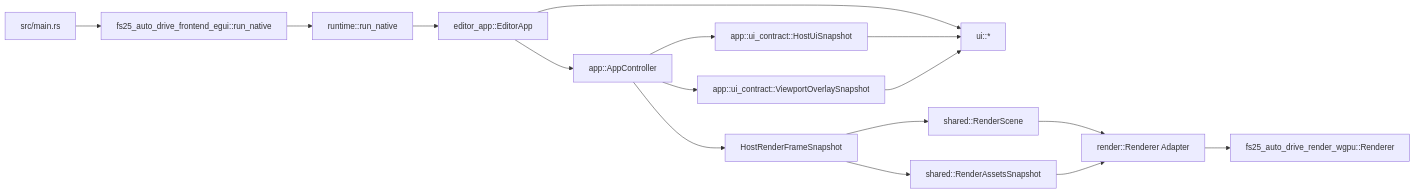
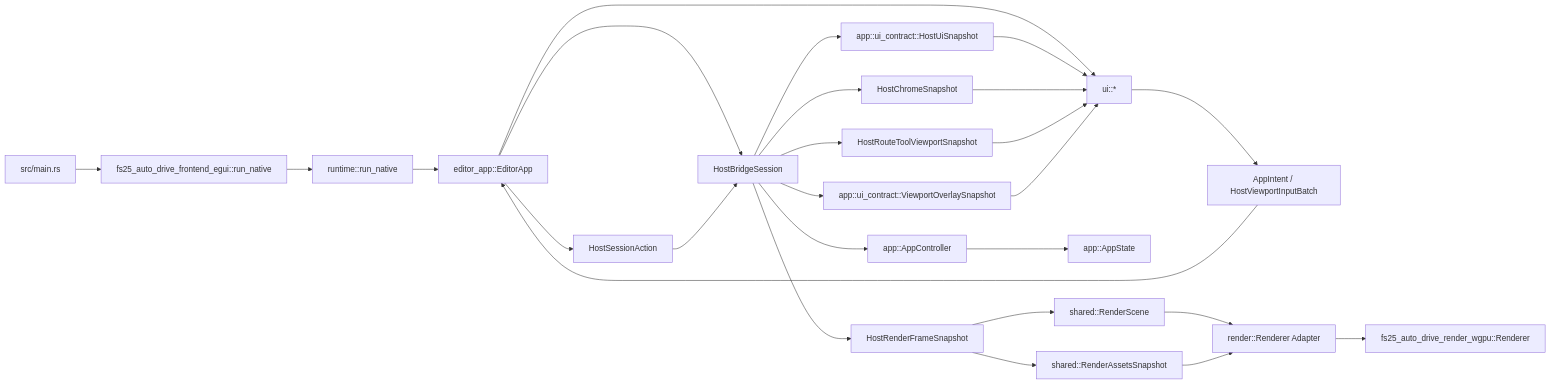
One commit to mro68/fs25_ad_editor changed the diagram in crates/fs25_auto_drive_frontend_egui/API.md. Above: the diagram before and after it, drawn with Mermaid. The commit also changed other lines of this file and 13 other files, not shown here.

Commit message:
refactor(frontend-egui): flip editor app ownership to host session

````diff
--- a/crates/fs25_auto_drive_frontend_egui/API.md
+++ b/crates/fs25_auto_drive_frontend_egui/API.md
@@ -72,18 +72,28 @@
 ```mermaid
 flowchart LR
 	MAIN[src/main.rs] --> ENTRY[fs25_auto_drive_frontend_egui::run_native]
 	ENTRY --> RUNTIME[runtime::run_native]
 	RUNTIME --> EDITOR[editor_app::EditorApp]
 	EDITOR --> UI[ui::*]
-	EDITOR --> CTRL[app::AppController]
-	CTRL --> HOSTUI[app::ui_contract::HostUiSnapshot]
-	CTRL --> OVERLAY[app::ui_contract::ViewportOverlaySnapshot]
-	CTRL --> FRAME[HostRenderFrameSnapshot]
+	EDITOR --> SESSION[HostBridgeSession]
+	UI --> EVENTS[AppIntent / HostViewportInputBatch]
+	EVENTS --> EDITOR
+	EDITOR --> ACTIONS[HostSessionAction]
+	ACTIONS --> SESSION
+	SESSION --> CTRL[app::AppController]
+	CTRL --> STATE[app::AppState]
+	SESSION --> HOSTUI[app::ui_contract::HostUiSnapshot]
+	SESSION --> CHROME[HostChromeSnapshot]
+	SESSION --> ROUTEVIEW[HostRouteToolViewportSnapshot]
+	SESSION --> OVERLAY[app::ui_contract::ViewportOverlaySnapshot]
+	SESSION --> FRAME[HostRenderFrameSnapshot]
 	FRAME --> SCENE[shared::RenderScene]
 	FRAME --> ASSETS[shared::RenderAssetsSnapshot]
 	HOSTUI --> UI
+	CHROME --> UI
+	ROUTEVIEW --> UI
 	OVERLAY --> UI
 	SCENE --> RENDER[render::Renderer Adapter]
 	ASSETS --> RENDER
 	RENDER --> CORE[fs25_auto_drive_render_wgpu::Renderer]
 ```
````
